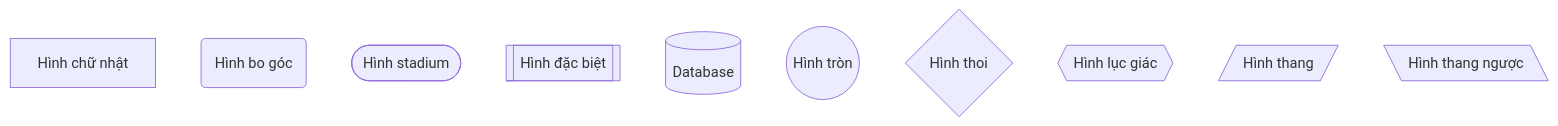
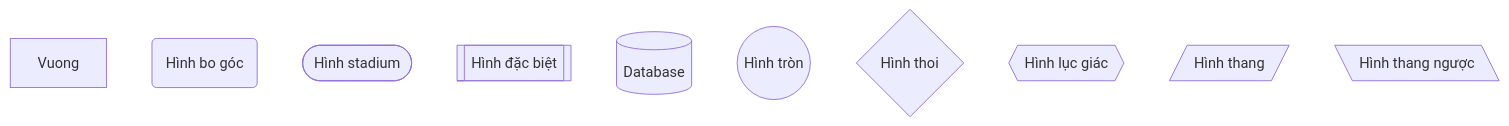
Before and after one commit to ManhCuong150206/A-I: the diagram in README.md, drawn with Mermaid.

````diff
--- a/README.md
+++ b/README.md
@@ -1,13 +1,13 @@
 ```mermaid
 graph TD
- A[Hình chữ nhật]
+ A[Vuong]
  B(Hình bo góc)
  C([Hình stadium])
  D[[Hình đặc biệt]]
  E[(Database)]
  F((Hình tròn))
  G{Hình thoi}
  H{{Hình lục giác}}
  I[/Hình thang/]
  J[\Hình thang ngược\]
 ```
````
